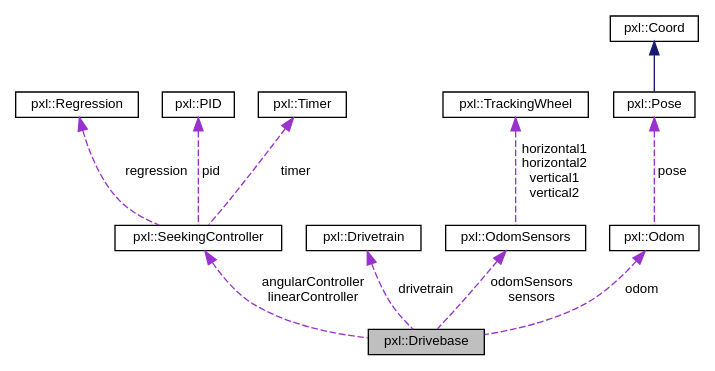
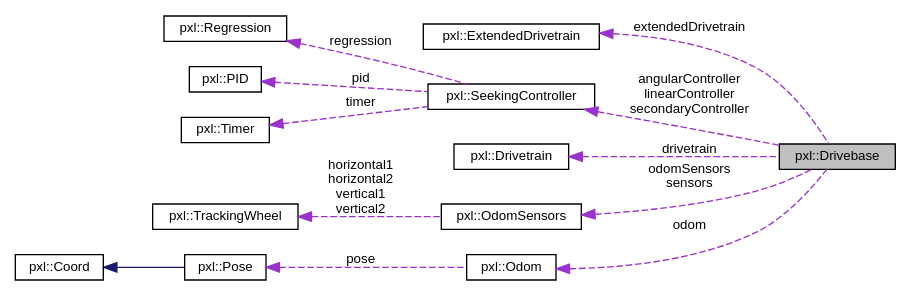
The diagram in classpxl_1_1Drivebase__coll__graph.dot (Pixel-Lib/Pixel), drawn with Graphviz before and after one commit. The commit also changed 256 other files, not shown here.

```diff
--- a/classpxl_1_1Drivebase__coll__graph.dot
+++ b/classpxl_1_1Drivebase__coll__graph.dot
@@ -1,27 +1,30 @@
 digraph "pxl::Drivebase"
 {
  // LATEX_PDF_SIZE
   edge [fontname="Helvetica",fontsize="10",labelfontname="Helvetica",labelfontsize="10"];
   node [fontname="Helvetica",fontsize="10",shape=record];
+  rankdir="LR";
   Node1 [label="pxl::Drivebase",height=0.2,width=0.4,color="black", fillcolor="grey75", style="filled", fontcolor="black",tooltip="The Drivebase class represents the base of a robot's drivetrain."];
-  Node2 -> Node1 [dir="back",color="darkorchid3",fontsize="10",style="dashed",label=" angularController\nlinearController" ,fontname="Helvetica"];
-  Node2 [label="pxl::SeekingController",height=0.2,width=0.4,color="black", fillcolor="white", style="filled",URL="$classpxl_1_1SeekingController.html",tooltip="The SeekingController class represents a controller used for seeking a target value."];
-  Node3 -> Node2 [dir="back",color="darkorchid3",fontsize="10",style="dashed",label=" regression" ,fontname="Helvetica"];
-  Node3 [label="pxl::Regression",height=0.2,width=0.4,color="black", fillcolor="white", style="filled",URL="$classpxl_1_1Regression.html",tooltip="A class that performs regression analysis on a set of points."];
-  Node4 -> Node2 [dir="back",color="darkorchid3",fontsize="10",style="dashed",label=" pid" ,fontname="Helvetica"];
-  Node4 [label="pxl::PID",height=0.2,width=0.4,color="black", fillcolor="white", style="filled",URL="$classpxl_1_1PID.html",tooltip="A class representing a Proportional-Integral-Derivative (PID) controller."];
-  Node5 -> Node2 [dir="back",color="darkorchid3",fontsize="10",style="dashed",label=" timer" ,fontname="Helvetica"];
-  Node5 [label="pxl::Timer",height=0.2,width=0.4,color="black", fillcolor="white", style="filled",URL="$classpxl_1_1Timer.html",tooltip=" "];
-  Node6 -> Node1 [dir="back",color="darkorchid3",fontsize="10",style="dashed",label=" drivetrain" ,fontname="Helvetica"];
-  Node6 [label="pxl::Drivetrain",height=0.2,width=0.4,color="black", fillcolor="white", style="filled",URL="$classpxl_1_1Drivetrain.html",tooltip="Represents a drivetrain for a robot."];
-  Node7 -> Node1 [dir="back",color="darkorchid3",fontsize="10",style="dashed",label=" odomSensors\nsensors" ,fontname="Helvetica"];
-  Node7 [label="pxl::OdomSensors",height=0.2,width=0.4,color="black", fillcolor="white", style="filled",URL="$structpxl_1_1OdomSensors.html",tooltip=" "];
-  Node8 -> Node7 [dir="back",color="darkorchid3",fontsize="10",style="dashed",label=" horizontal1\nhorizontal2\nvertical1\nvertical2" ,fontname="Helvetica"];
-  Node8 [label="pxl::TrackingWheel",height=0.2,width=0.4,color="black", fillcolor="white", style="filled",URL="$classpxl_1_1TrackingWheel.html",tooltip="Represents a tracking wheel used for measuring distance traveled by a robot."];
-  Node9 -> Node1 [dir="back",color="darkorchid3",fontsize="10",style="dashed",label=" odom" ,fontname="Helvetica"];
-  Node9 [label="pxl::Odom",height=0.2,width=0.4,color="black", fillcolor="white", style="filled",URL="$classpxl_1_1Odom.html",tooltip="The Odom class represents an odometry system that tracks the robot's position and orientation."];
-  Node10 -> Node9 [dir="back",color="darkorchid3",fontsize="10",style="dashed",label=" pose" ,fontname="Helvetica"];
-  Node10 [label="pxl::Pose",height=0.2,width=0.4,color="black", fillcolor="white", style="filled",URL="$classpxl_1_1Pose.html",tooltip="The Pose class contains classes and functions related to (x, y, theta) coordinates."];
-  Node11 -> Node10 [dir="back",color="midnightblue",fontsize="10",style="solid",fontname="Helvetica"];
-  Node11 [label="pxl::Coord",height=0.2,width=0.4,color="black", fillcolor="white", style="filled",URL="$classpxl_1_1Coord.html",tooltip="Represents a coordinate in 2D space."];
+  Node2 -> Node1 [dir="back",color="darkorchid3",fontsize="10",style="dashed",label=" extendedDrivetrain" ,fontname="Helvetica"];
+  Node2 [label="pxl::ExtendedDrivetrain",height=0.2,width=0.4,color="black", fillcolor="white", style="filled",URL="$classpxl_1_1ExtendedDrivetrain.html",tooltip=" "];
+  Node3 -> Node1 [dir="back",color="darkorchid3",fontsize="10",style="dashed",label=" angularController\nlinearController\nsecondaryController" ,fontname="Helvetica"];
+  Node3 [label="pxl::SeekingController",height=0.2,width=0.4,color="black", fillcolor="white", style="filled",URL="$classpxl_1_1SeekingController.html",tooltip="The SeekingController class represents a controller used for seeking a target value."];
+  Node4 -> Node3 [dir="back",color="darkorchid3",fontsize="10",style="dashed",label=" regression" ,fontname="Helvetica"];
+  Node4 [label="pxl::Regression",height=0.2,width=0.4,color="black", fillcolor="white", style="filled",URL="$classpxl_1_1Regression.html",tooltip="A class that performs regression analysis on a set of points."];
+  Node5 -> Node3 [dir="back",color="darkorchid3",fontsize="10",style="dashed",label=" pid" ,fontname="Helvetica"];
+  Node5 [label="pxl::PID",height=0.2,width=0.4,color="black", fillcolor="white", style="filled",URL="$classpxl_1_1PID.html",tooltip="A class representing a Proportional-Integral-Derivative (PID) controller."];
+  Node6 -> Node3 [dir="back",color="darkorchid3",fontsize="10",style="dashed",label=" timer" ,fontname="Helvetica"];
+  Node6 [label="pxl::Timer",height=0.2,width=0.4,color="black", fillcolor="white", style="filled",URL="$classpxl_1_1Timer.html",tooltip=" "];
+  Node7 -> Node1 [dir="back",color="darkorchid3",fontsize="10",style="dashed",label=" drivetrain" ,fontname="Helvetica"];
+  Node7 [label="pxl::Drivetrain",height=0.2,width=0.4,color="black", fillcolor="white", style="filled",URL="$classpxl_1_1Drivetrain.html",tooltip="Represents a drivetrain for a robot."];
+  Node8 -> Node1 [dir="back",color="darkorchid3",fontsize="10",style="dashed",label=" odomSensors\nsensors" ,fontname="Helvetica"];
+  Node8 [label="pxl::OdomSensors",height=0.2,width=0.4,color="black", fillcolor="white", style="filled",URL="$structpxl_1_1OdomSensors.html",tooltip=" "];
+  Node9 -> Node8 [dir="back",color="darkorchid3",fontsize="10",style="dashed",label=" horizontal1\nhorizontal2\nvertical1\nvertical2" ,fontname="Helvetica"];
+  Node9 [label="pxl::TrackingWheel",height=0.2,width=0.4,color="black", fillcolor="white", style="filled",URL="$classpxl_1_1TrackingWheel.html",tooltip="Represents a tracking wheel used for measuring distance traveled by a robot."];
+  Node10 -> Node1 [dir="back",color="darkorchid3",fontsize="10",style="dashed",label=" odom" ,fontname="Helvetica"];
+  Node10 [label="pxl::Odom",height=0.2,width=0.4,color="black", fillcolor="white", style="filled",URL="$classpxl_1_1Odom.html",tooltip="The Odom class represents an odometry system that tracks the robot's position and orientation."];
+  Node11 -> Node10 [dir="back",color="darkorchid3",fontsize="10",style="dashed",label=" pose" ,fontname="Helvetica"];
+  Node11 [label="pxl::Pose",height=0.2,width=0.4,color="black", fillcolor="white", style="filled",URL="$classpxl_1_1Pose.html",tooltip="The Pose class contains classes and functions related to (x, y, theta) coordinates."];
+  Node12 -> Node11 [dir="back",color="midnightblue",fontsize="10",style="solid",fontname="Helvetica"];
+  Node12 [label="pxl::Coord",height=0.2,width=0.4,color="black", fillcolor="white", style="filled",URL="$classpxl_1_1Coord.html",tooltip="Represents a coordinate in 2D space."];
 }
```
